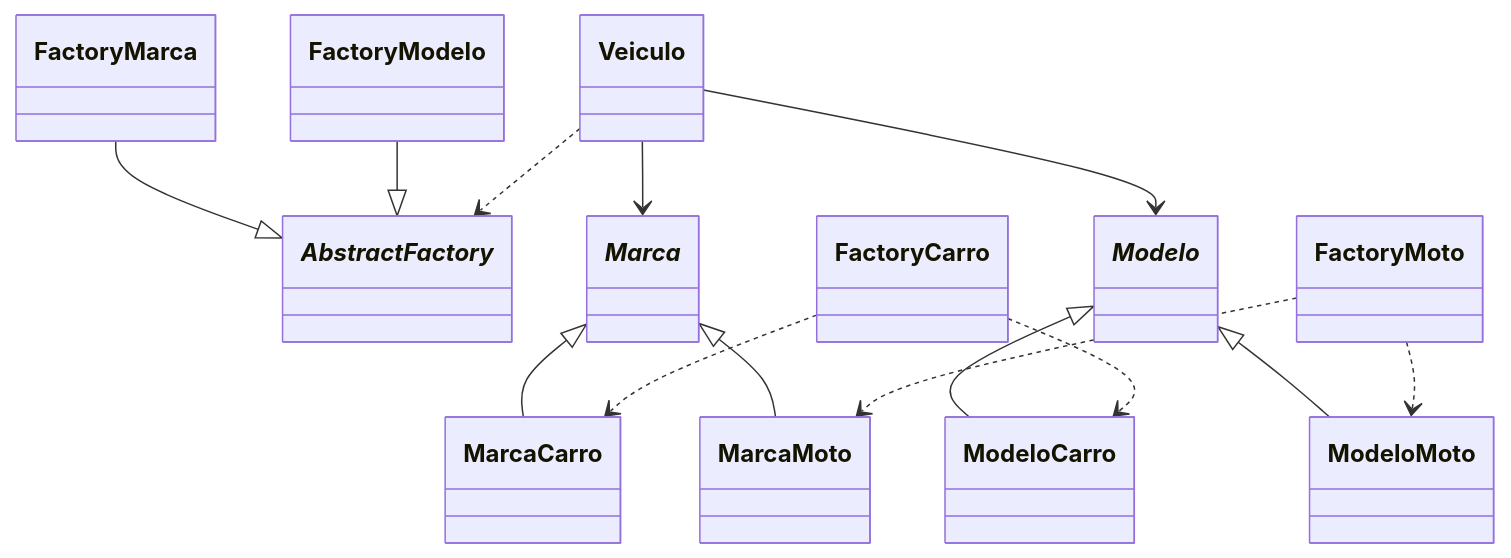
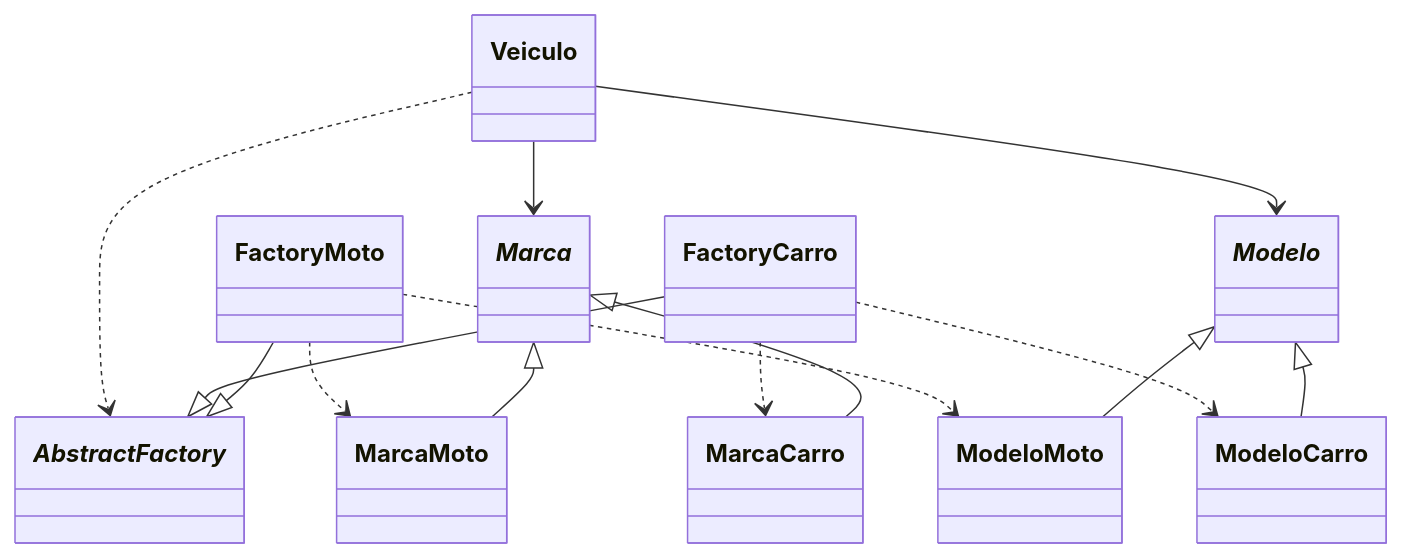
The second of 2 diagrams in README.md (Theml/Abstract-Factory), drawn with Mermaid before and after one commit.

````diff
--- a/README.md
+++ b/README.md
@@ -26,16 +26,16 @@
 ```mermaid
 classDiagram
-  FactoryMarca --|> _AbstractFactory_
-  FactoryModelo --|> _AbstractFactory_
+  FactoryMoto --|> _AbstractFactory_
+  FactoryCarro --|> _AbstractFactory_
   Veiculo ..> _AbstractFactory_
   Veiculo --> _Marca_
   Veiculo --> _Modelo_
   _Marca_ <|-- MarcaCarro
   _Marca_ <|-- MarcaMoto
   _Modelo_ <|-- ModeloCarro
   _Modelo_ <|-- ModeloMoto
   FactoryMoto ..> ModeloMoto
   FactoryMoto ..> MarcaMoto
   FactoryCarro ..> MarcaCarro
   FactoryCarro ..> ModeloCarro
 ```
````
